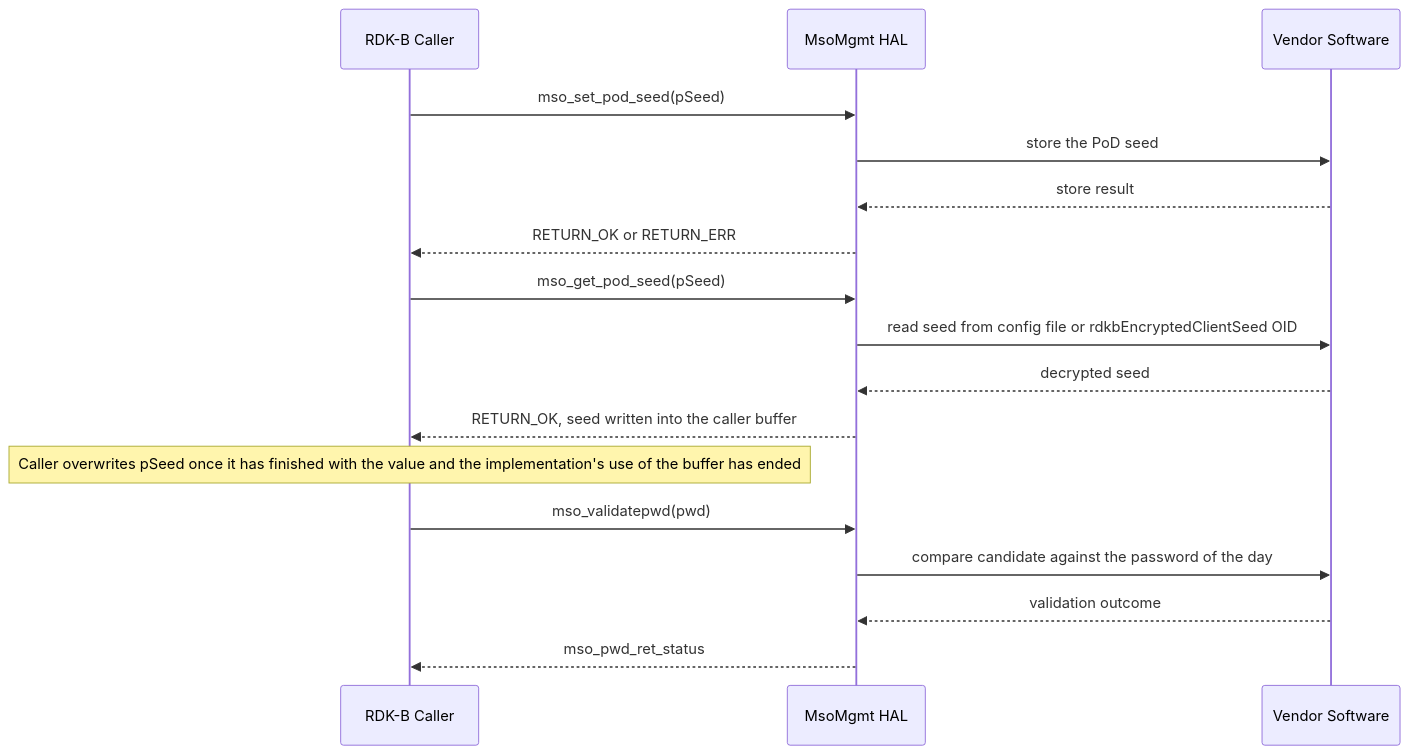
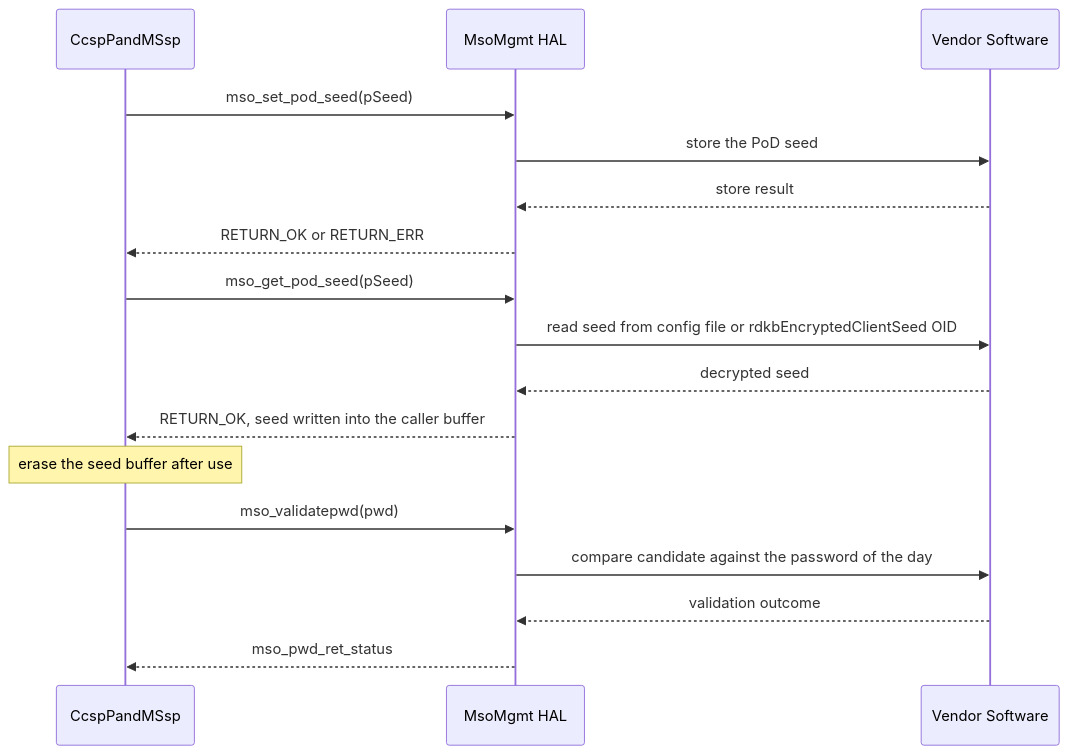
One commit to Blitzy-Sky/rdkb-halif-mso changed the second of 2 diagrams in docs/pages/halSpec.md. Above: the diagram before and after it, drawn with Mermaid. The commit also changed other lines of this file, not shown here.

````diff
--- a/docs/pages/halSpec.md
+++ b/docs/pages/halSpec.md
@@ -382,19 +259,19 @@
 ```mermaid
 sequenceDiagram
-    participant Caller as RDK-B Caller
+    participant Caller as CcspPandMSsp
     participant HAL as MsoMgmt HAL
     participant Vendor as Vendor Software
     Caller->>HAL: mso_set_pod_seed(pSeed)
     HAL->>Vendor: store the PoD seed
     Vendor-->>HAL: store result
     HAL-->>Caller: RETURN_OK or RETURN_ERR
     Caller->>HAL: mso_get_pod_seed(pSeed)
     HAL->>Vendor: read seed from config file or rdkbEncryptedClientSeed OID
     Vendor-->>HAL: decrypted seed
     HAL-->>Caller: RETURN_OK, seed written into the caller buffer
-    Note over Caller: Caller overwrites pSeed once it has finished with the value and the implementation's use of the buffer has ended
+    Note over Caller: erase the seed buffer after use
     Caller->>HAL: mso_validatepwd(pwd)
     HAL->>Vendor: compare candidate against the password of the day
     Vendor-->>HAL: validation outcome
     HAL-->>Caller: mso_pwd_ret_status
 ```
````
